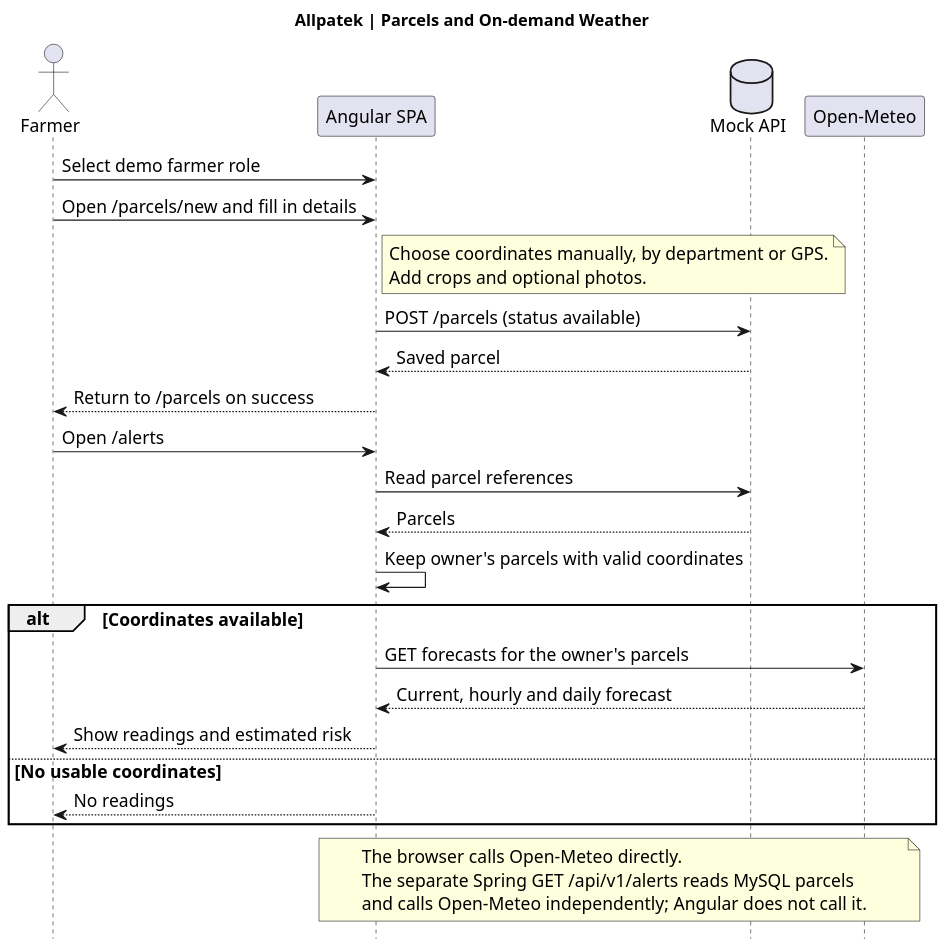
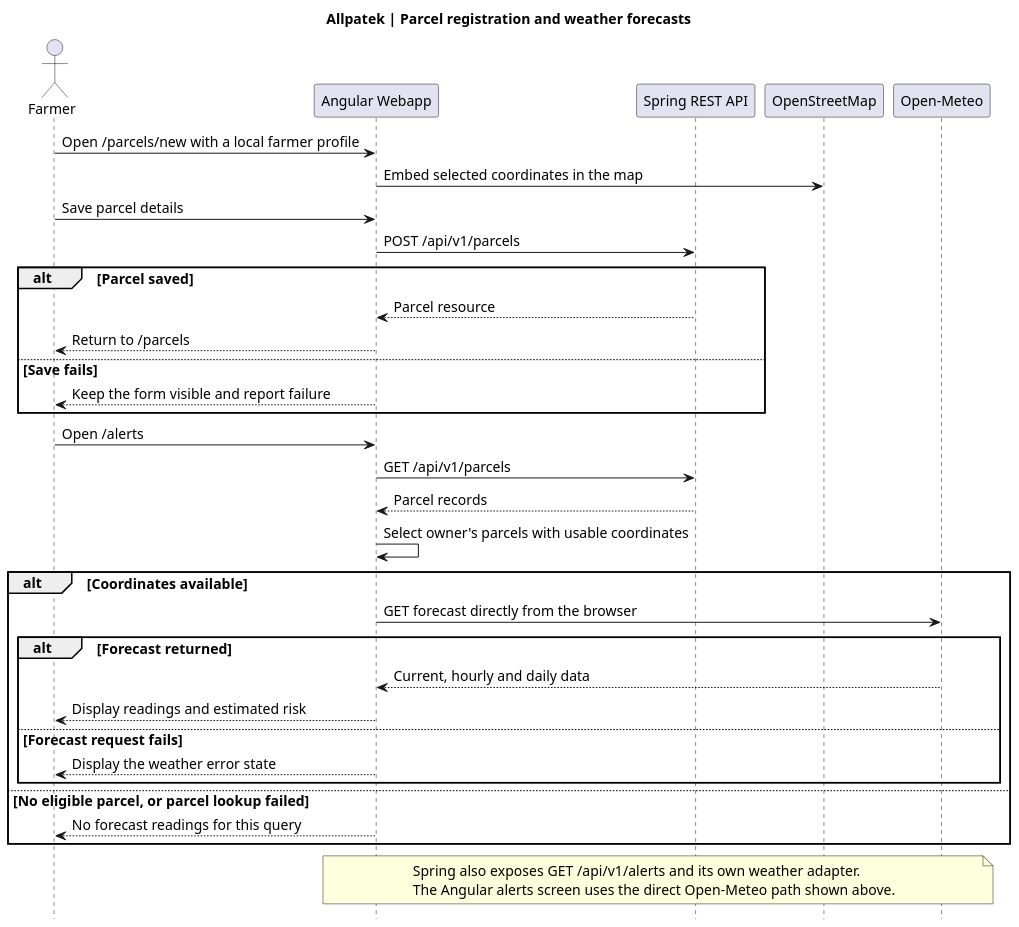
The diagram in assets/chapter-04/architecture/19-flow-parcels-climate.puml (upc-pre-202620-1asi0729-7753-Terranova/allpatek-report), drawn with PlantUML before and after one commit. The commit also changed 3 other files, not shown here.

Commit message:
docs(flows): trace parcel registration and browser weather queries

```diff
--- a/assets/chapter-04/architecture/19-flow-parcels-climate.puml
+++ b/assets/chapter-04/architecture/19-flow-parcels-climate.puml
@@ -1,39 +1,41 @@
 @startuml
-title Allpatek | Parcels and On-demand Weather
-skinparam backgroundColor white
+title Allpatek | Parcel registration and weather forecasts
 skinparam shadowing false
 skinparam defaultFontName SansSerif
-skinparam defaultFontSize 15
-skinparam dpi 140
+skinparam defaultFontSize 14
+skinparam dpi 120
 hide footbox
 actor Farmer
-participant "Angular SPA" as Web
-database "Mock API" as Mock
+participant "Angular Webapp" as Web
+participant "Spring REST API" as Api
+participant "OpenStreetMap" as Maps
 participant "Open-Meteo" as Weather
 
-Farmer -> Web : Select demo farmer role
-Farmer -> Web : Open /parcels/new and fill in details
-note right of Web
-  Choose coordinates manually, by department or GPS.
-  Add crops and optional photos.
-end note
-Web -> Mock : POST /parcels (status available)
-Mock --> Web : Saved parcel
-Web --> Farmer : Return to /parcels on success
+Farmer -> Web : Open /parcels/new with a local farmer profile
+Web -> Maps : Embed selected coordinates in the map
+Farmer -> Web : Save parcel details
+Web -> Api : POST /api/v1/parcels
+alt Parcel saved
+  Api --> Web : Parcel resource
+  Web --> Farmer : Return to /parcels
+else Save fails
+  Web --> Farmer : Keep the form visible and report failure
+end
+
 Farmer -> Web : Open /alerts
-Web -> Mock : Read parcel references
-Mock --> Web : Parcels
-Web -> Web : Keep owner's parcels with valid coordinates
+Web -> Api : GET /api/v1/parcels
+Api --> Web : Parcel records
+Web -> Web : Select owner's parcels with usable coordinates
 alt Coordinates available
-  Web -> Weather : GET forecasts for the owner's parcels
-  Weather --> Web : Current, hourly and daily forecast
-  Web --> Farmer : Show readings and estimated risk
-else No usable coordinates
-  Web --> Farmer : No readings
+  Web -> Weather : GET forecast directly from the browser
+  alt Forecast returned
+    Weather --> Web : Current, hourly and daily data
+    Web --> Farmer : Display readings and estimated risk
+  else Forecast request fails
+    Web --> Farmer : Display the weather error state
+  end
+else No eligible parcel, or parcel lookup failed
+  Web --> Farmer : No forecast readings for this query
 end
-note over Web,Weather
-  The browser calls Open-Meteo directly.
-  The separate Spring GET /api/v1/alerts reads MySQL parcels
-  and calls Open-Meteo independently; Angular does not call it.
-end note
+note over Web,Weather : Spring also exposes GET /api/v1/alerts and its own weather adapter.\nThe Angular alerts screen uses the direct Open-Meteo path shown above.
 @enduml
```
